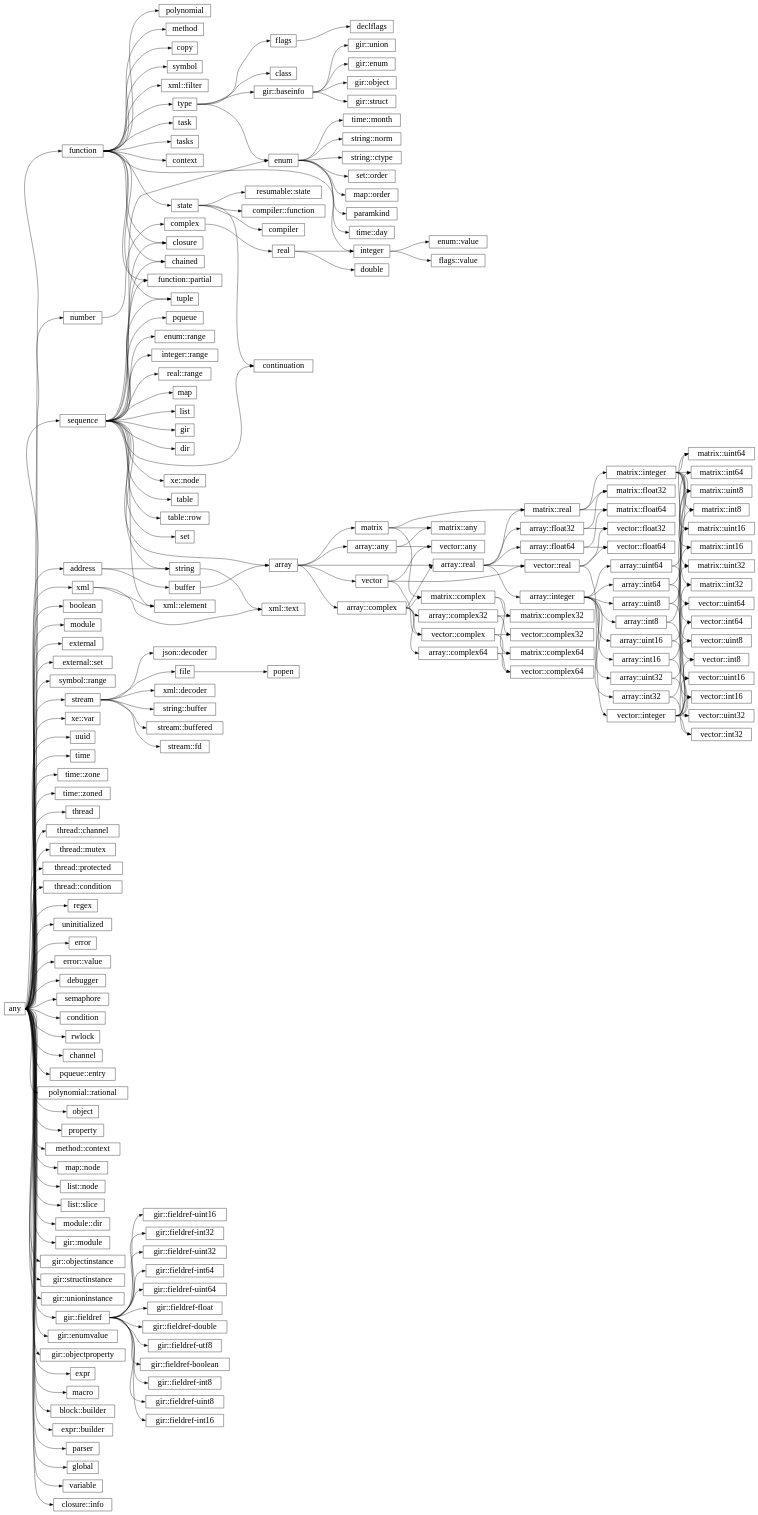
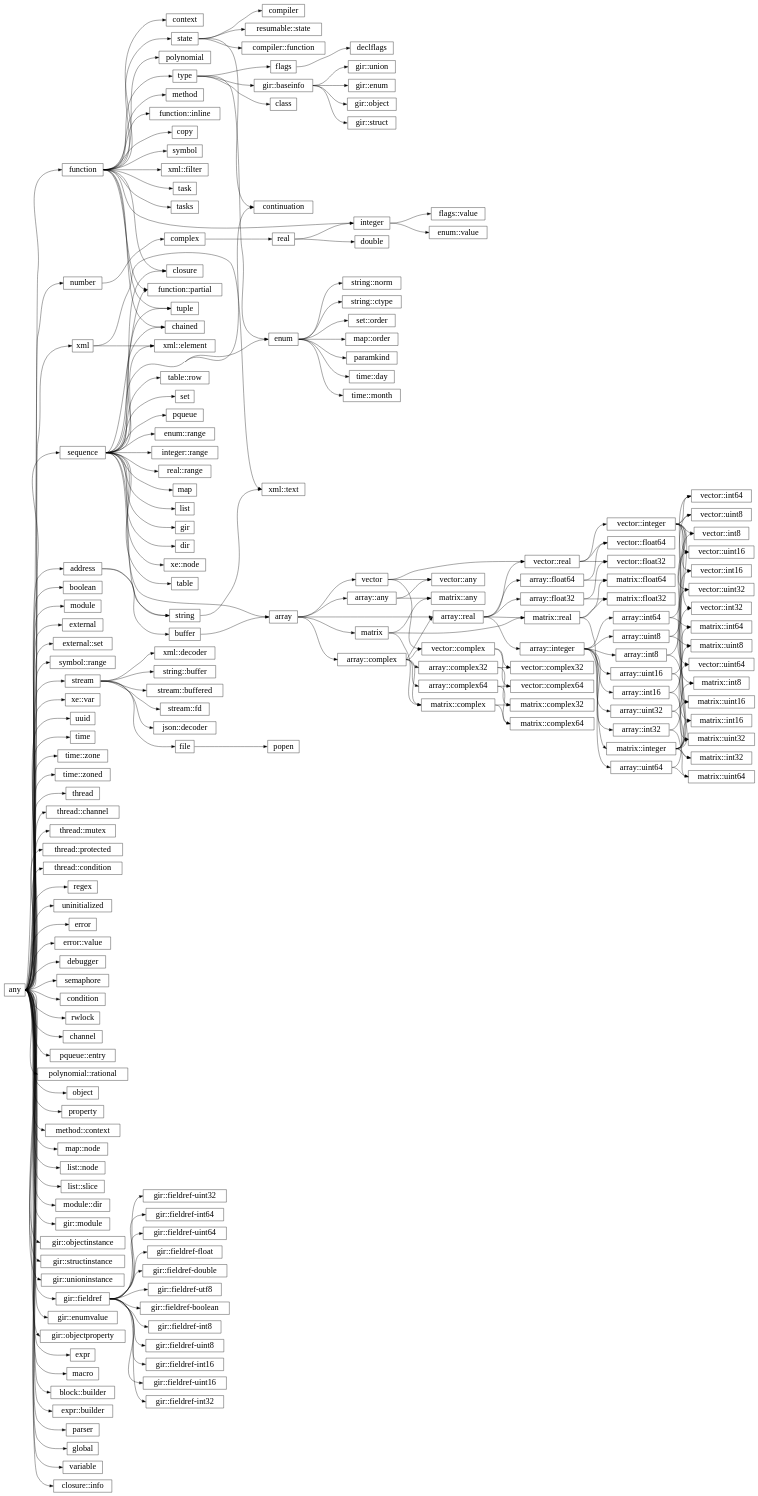
Before and after one commit to wrapl/minilang: the diagram in docs/library/hierarchy.rst, drawn with Graphviz. The commit also changed 21 other files, not shown here.

```diff
--- a/docs/library/hierarchy.rst
+++ b/docs/library/hierarchy.rst
@@ -140,6 +140,7 @@
       "state":e -> "compiler::function":w;
       "any":e -> "expr":w;
       "any":e -> "macro":w;
+      "function":e -> "function::inline":w;
       "any":e -> "block::builder":w;
       "any":e -> "expr::builder":w;
       "state":e -> "compiler":w;
```
